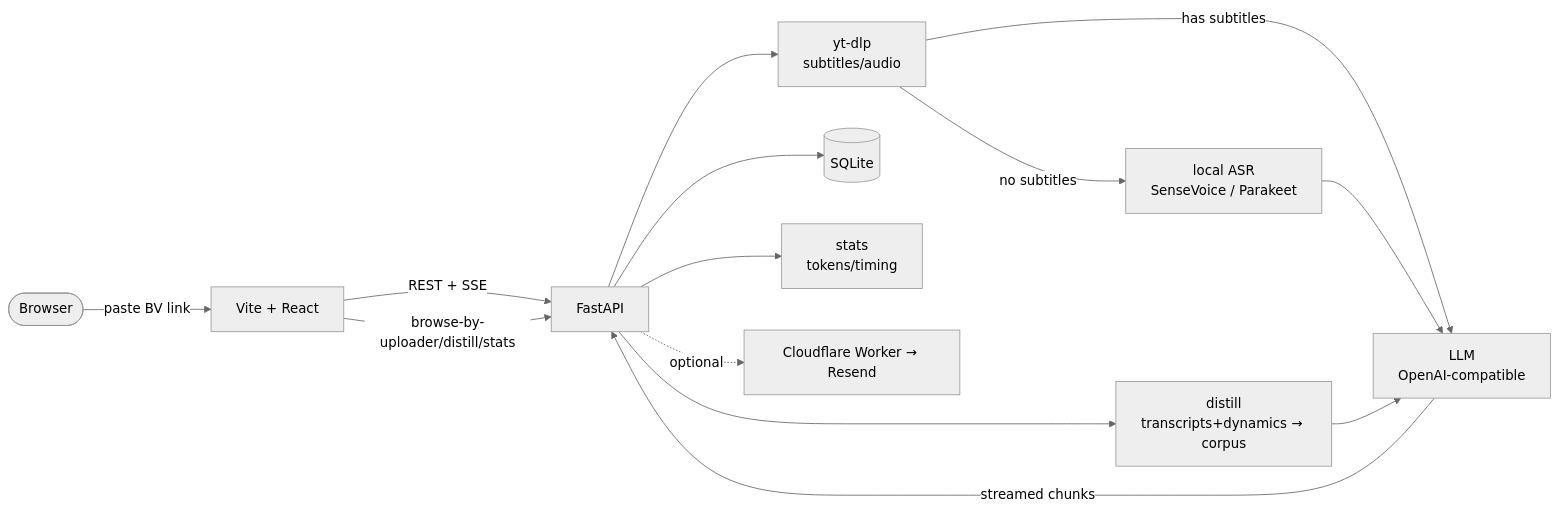
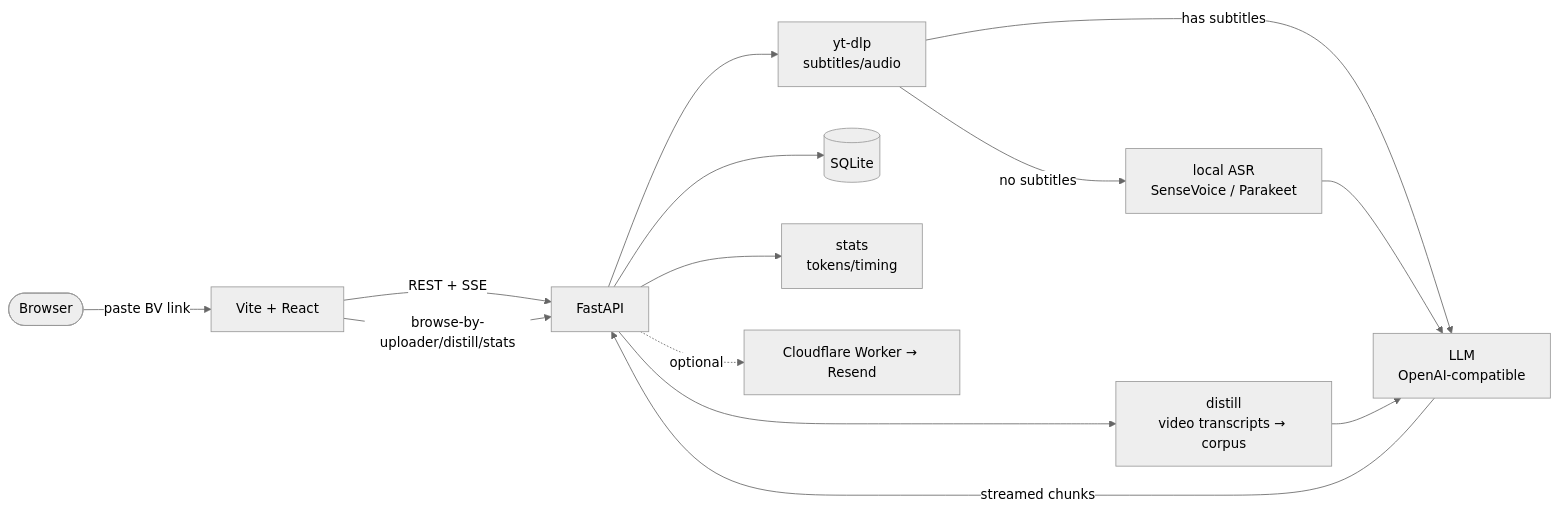
Before and after one commit to BazingaOrg/biri-youyaku: the diagram in README.en.md, drawn with Mermaid (neutral theme). The commit also changed other lines of this file and 21 other files, not shown here.

First line of the commit message:
feat(distill): video-only corpus, remove dynamics (A2)

````diff
--- a/README.en.md
+++ b/README.en.md
@@ -110,16 +110,16 @@
 ```mermaid
 flowchart LR
     user([Browser]) -->|paste BV link| web[Vite + React]
     web -->|REST + SSE| api[FastAPI]
     web -->|browse-by-uploader/distill/stats| api
     api --> ytdlp[yt-dlp<br/>subtitles/audio]
     ytdlp -->|has subtitles| llm
     ytdlp -->|no subtitles| asr[local ASR<br/>SenseVoice / Parakeet]
     asr --> llm[LLM<br/>OpenAI-compatible]
-    api --> distill[distill<br/>transcripts+dynamics → corpus]
+    api --> distill[distill<br/>video transcripts → corpus]
     distill --> llm
     llm -->|streamed chunks| api
     api --> db[(SQLite)]
     api --> stats[stats<br/>tokens/timing]
     api -. optional .-> mail[Cloudflare Worker → Resend]
 ```
````
